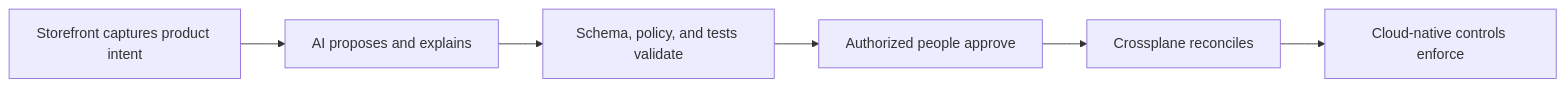
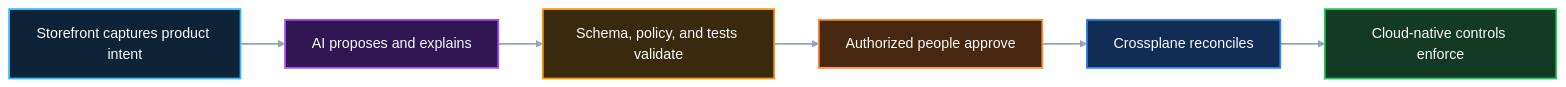
The second of 6 diagrams in README.md (SAABOLImpactVenture/ai-powered-infrastructure-as-a-product), drawn with Mermaid before and after one commit. The commit also changed other lines of this file and 5 other files, not shown here.

````diff
--- a/README.md
+++ b/README.md
@@ -106,8 +135,22 @@
 ```mermaid
 flowchart LR
   S[Storefront captures product intent] --> A[AI proposes and explains]
   A --> D[Schema, policy, and tests validate]
   D --> H[Authorized people approve]
   H --> X[Crossplane reconciles]
   X --> C[Cloud-native controls enforce]
+
+  classDef experience fill:#0D2438,stroke:#38BDF8,stroke-width:2px,color:#F8FAFC
+  classDef intelligence fill:#2E1752,stroke:#A855F7,stroke-width:2px,color:#F8FAFC
+  classDef governance fill:#3A2A0D,stroke:#F59E0B,stroke-width:2px,color:#F8FAFC
+  classDef human fill:#47270F,stroke:#FB923C,stroke-width:2px,color:#F8FAFC
+  classDef control fill:#102D55,stroke:#3B82F6,stroke-width:2px,color:#F8FAFC
+  classDef enforcement fill:#123A24,stroke:#22C55E,stroke-width:2px,color:#F8FAFC
+  class S experience
+  class A intelligence
+  class D governance
+  class H human
+  class X control
+  class C enforcement
+  linkStyle default stroke:#94A3B8,stroke-width:2px
 ```
````
